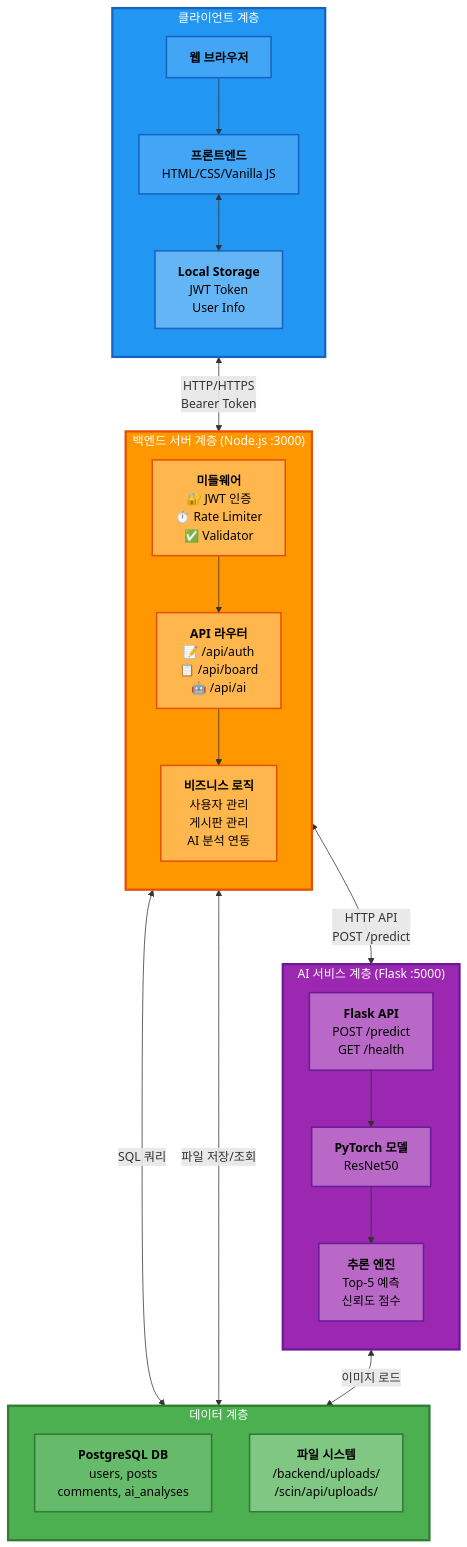
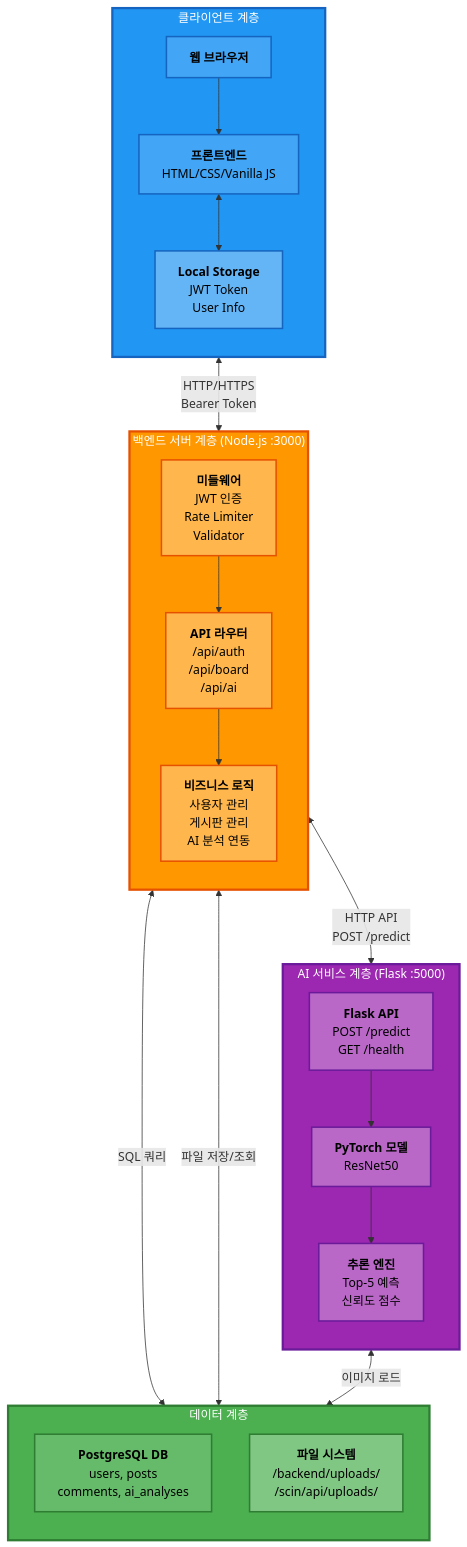
One commit to kyoe-23/DeepLearning_project changed the first of 12 diagrams in Architecture.md. Above: the diagram before and after it, drawn with Mermaid.

Commit message:
수정

````diff
--- a/Architecture.md
+++ b/Architecture.md
@@ -36,56 +36,56 @@
 ```mermaid
 graph TB
     subgraph CLIENT["클라이언트 계층"]
         direction TB
         BROWSER["<b>웹 브라우저</b>"]
         FE["<b>프론트엔드</b><br/>HTML/CSS/Vanilla JS"]
         STORAGE["<b>Local Storage</b><br/>JWT Token<br/>User Info"]
         BROWSER --> FE
         FE <--> STORAGE
     end
 
     subgraph BACKEND["백엔드 서버 계층 (Node.js :3000)"]
         direction TB
-        MW["<b>미들웨어</b><br/>🔐 JWT 인증<br/>⏱️ Rate Limiter<br/>✅ Validator"]
-        ROUTES["<b>API 라우터</b><br/>📝 /api/auth<br/>📋 /api/board<br/>🤖 /api/ai"]
+        MW["<b>미들웨어</b><br/> JWT 인증<br/> Rate Limiter<br/> Validator"]
+        ROUTES["<b>API 라우터</b><br/> /api/auth<br/> /api/board<br/> /api/ai"]
         SERVICES["<b>비즈니스 로직</b><br/>사용자 관리<br/>게시판 관리<br/>AI 분석 연동"]
         MW --> ROUTES --> SERVICES
     end
 
     subgraph AI_SERVICE["AI 서비스 계층 (Flask :5000)"]
         direction TB
         FLASK["<b>Flask API</b><br/>POST /predict<br/>GET /health"]
         MODEL["<b>PyTorch 모델</b><br/>ResNet50"]
         INFERENCE["<b>추론 엔진</b><br/>Top-5 예측<br/>신뢰도 점수"]
         FLASK --> MODEL --> INFERENCE
     end
 
     subgraph DATA["데이터 계층"]
         direction TB
         POSTGRES["<b>PostgreSQL DB</b><br/>users, posts<br/>comments, ai_analyses"]
         FILES["<b>파일 시스템</b><br/>/backend/uploads/<br/>/scin/api/uploads/"]
     end
 
     CLIENT <-->|"HTTP/HTTPS<br/>Bearer Token"| BACKEND
     BACKEND <-->|"SQL 쿼리"| POSTGRES
     BACKEND <-->|"파일 저장/조회"| FILES
     BACKEND <-->|"HTTP API<br/>POST /predict"| AI_SERVICE
     AI_SERVICE <-->|"이미지 로드"| FILES
 
     style CLIENT fill:#2196F3,stroke:#1565C0,stroke-width:3px,color:#fff
     style BACKEND fill:#FF9800,stroke:#E65100,stroke-width:3px,color:#fff
     style AI_SERVICE fill:#9C27B0,stroke:#6A1B9A,stroke-width:3px,color:#fff
     style DATA fill:#4CAF50,stroke:#2E7D32,stroke-width:3px,color:#fff
 
     style BROWSER fill:#42A5F5,stroke:#1565C0,stroke-width:2px,color:#000
     style FE fill:#42A5F5,stroke:#1565C0,stroke-width:2px,color:#000
     style STORAGE fill:#64B5F6,stroke:#1565C0,stroke-width:2px,color:#000
     style MW fill:#FFB74D,stroke:#E65100,stroke-width:2px,color:#000
     style ROUTES fill:#FFB74D,stroke:#E65100,stroke-width:2px,color:#000
     style SERVICES fill:#FFB74D,stroke:#E65100,stroke-width:2px,color:#000
     style FLASK fill:#BA68C8,stroke:#6A1B9A,stroke-width:2px,color:#000
     style MODEL fill:#BA68C8,stroke:#6A1B9A,stroke-width:2px,color:#000
     style INFERENCE fill:#BA68C8,stroke:#6A1B9A,stroke-width:2px,color:#000
     style POSTGRES fill:#66BB6A,stroke:#2E7D32,stroke-width:2px,color:#000
     style FILES fill:#81C784,stroke:#2E7D32,stroke-width:2px,color:#000
 ```
````
